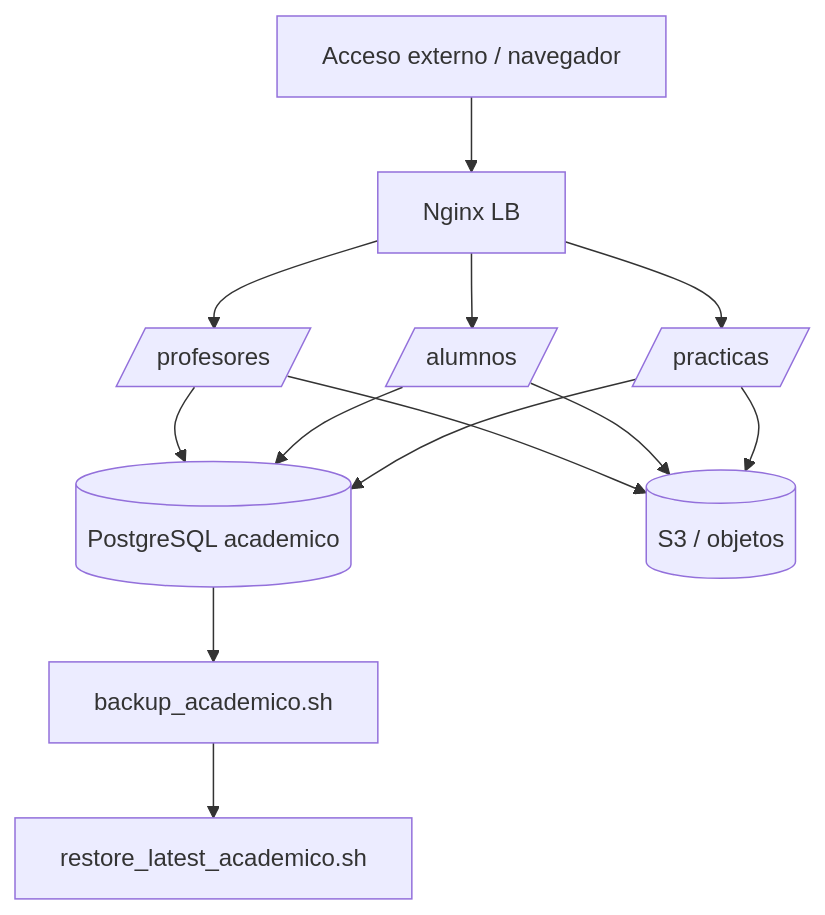
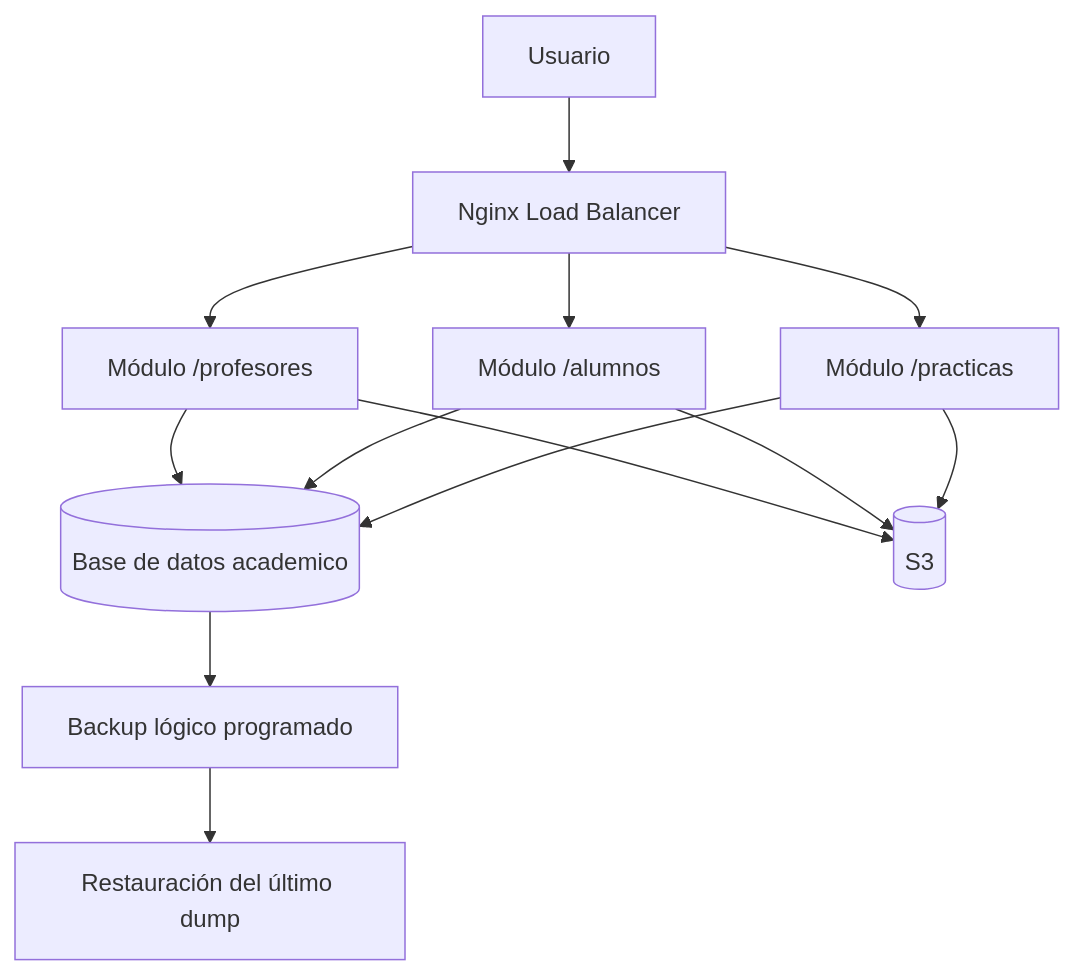
Before and after one commit to alejandro-depazos-tena/Practica_ADS_solDevOps: the third of 3 diagrams in grupo-dt-devops/documentacion/entrega-final-dt/MEMORIA_TECNICA_DT.md, drawn with Mermaid. The commit also changed other lines of this file and 5 other files, not shown here.

Commit message:
diagramas de arquitectura y arreglos varios

````diff
--- a/grupo-dt-devops/documentacion/entrega-final-dt/MEMORIA_TECNICA_DT.md
+++ b/grupo-dt-devops/documentacion/entrega-final-dt/MEMORIA_TECNICA_DT.md
@@ -105,18 +124,18 @@
 ```mermaid
 flowchart TB
-  IN[Acceso externo / navegador] --> LB[Nginx LB]
-  LB --> P1[/profesores/]
-  LB --> P2[/alumnos/]
-  LB --> P3[/practicas/]
+  Usuario --> LB[Nginx Load Balancer]
+  LB --> P1[Módulo /profesores]
+  LB --> P2[Módulo /alumnos]
+  LB --> P3[Módulo /practicas]
 
-  P1 --> DB[(PostgreSQL academico)]
+  P1 --> DB[(Base de datos academico)]
   P2 --> DB
   P3 --> DB
 
-  P1 --> S3[(S3 / objetos)]
+  P1 --> S3[(S3)]
   P2 --> S3
   P3 --> S3
 
-  DB --> BK[backup_academico.sh]
-  BK --> RS[restore_latest_academico.sh]
+  DB --> BK[Backup lógico programado]
+  BK --> RS[Restauración del último dump]
 ```
````
